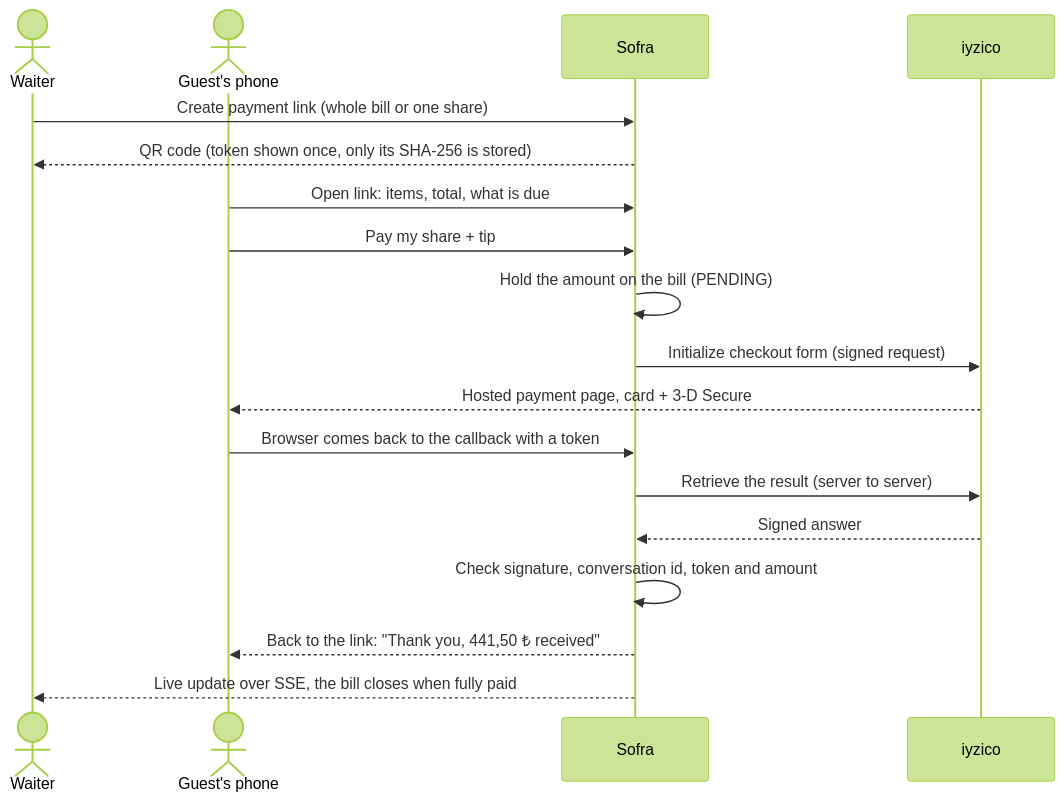
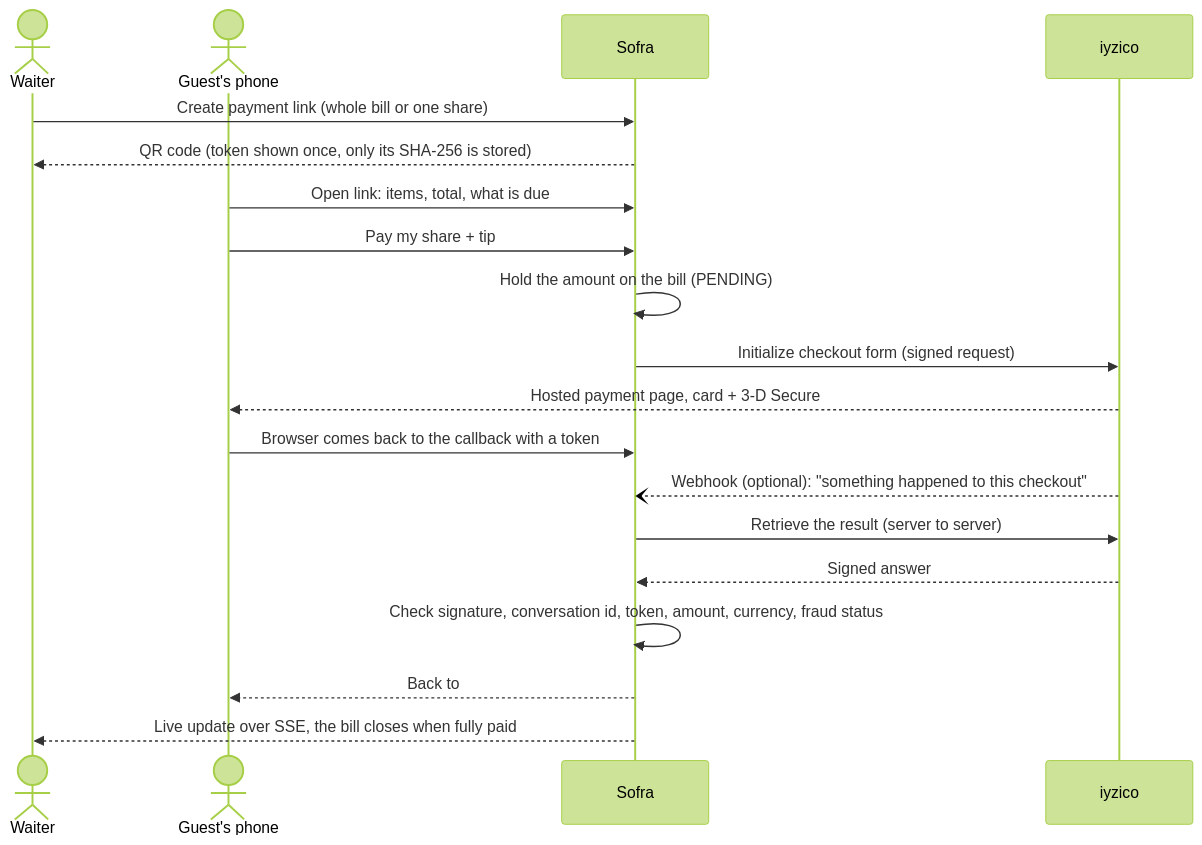
One commit to UmutVarol/Restaurant-Order-Processing changed the second of 2 diagrams in docs/PAYMENTS.md. Above: the diagram before and after it, drawn with Mermaid (forest theme). The commit also changed other lines of this file and 64 other files, not shown here.

````diff
--- a/docs/PAYMENTS.md
+++ b/docs/PAYMENTS.md
@@ -57,20 +57,21 @@
 ```mermaid
 sequenceDiagram
     actor W as Waiter
     actor G as Guest's phone
     participant S as Sofra
     participant I as iyzico
     W->>S: Create payment link (whole bill or one share)
     S-->>W: QR code (token shown once, only its SHA-256 is stored)
     G->>S: Open link: items, total, what is due
     G->>S: Pay my share + tip
     S->>S: Hold the amount on the bill (PENDING)
     S->>I: Initialize checkout form (signed request)
     I-->>G: Hosted payment page, card + 3-D Secure
     G->>S: Browser comes back to the callback with a token
+    I--)S: Webhook (optional): "something happened to this checkout"
     S->>I: Retrieve the result (server to server)
     I-->>S: Signed answer
-    S->>S: Check signature, conversation id, token and amount
-    S-->>G: Back to the link: "Thank you, 441,50 ₺ received"
+    S->>S: Check signature, conversation id, token, amount, currency, fraud status
+    S-->>G: Back to #/pay/return, then the link: "Thank you, 441,50 ₺ received"
     S-->>W: Live update over SSE, the bill closes when fully paid
 ```
````
